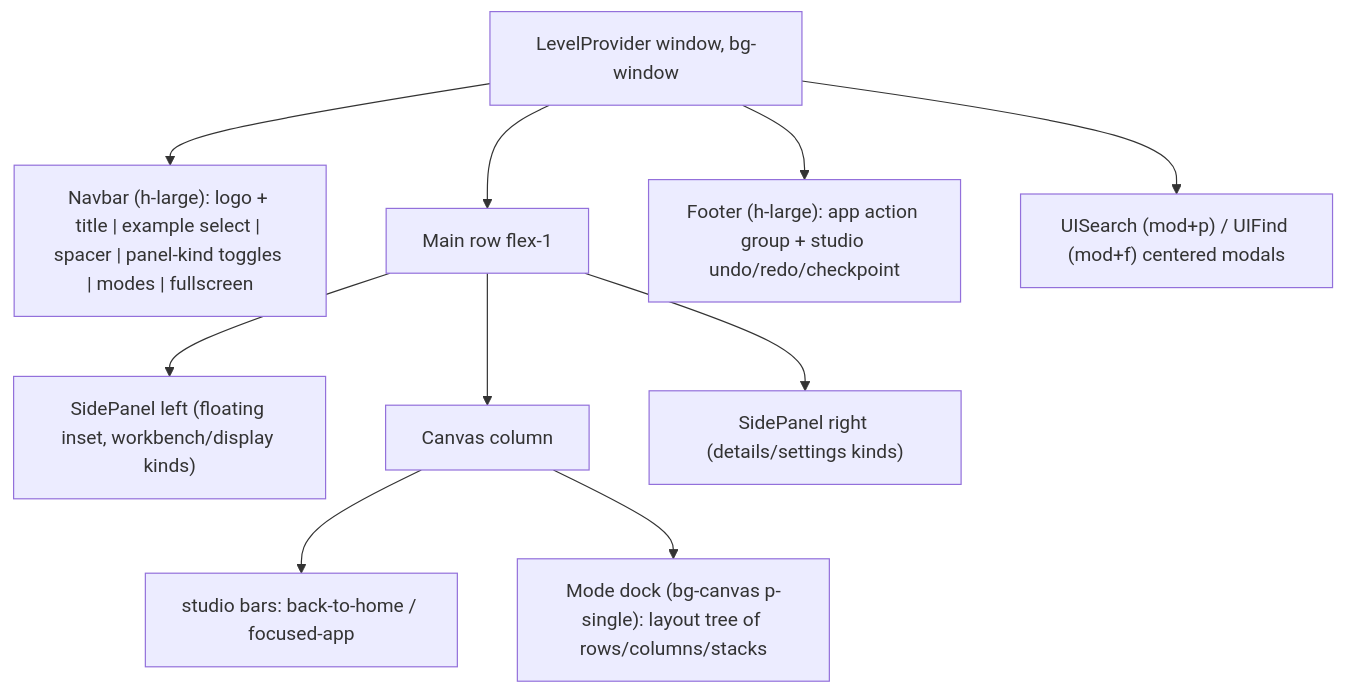
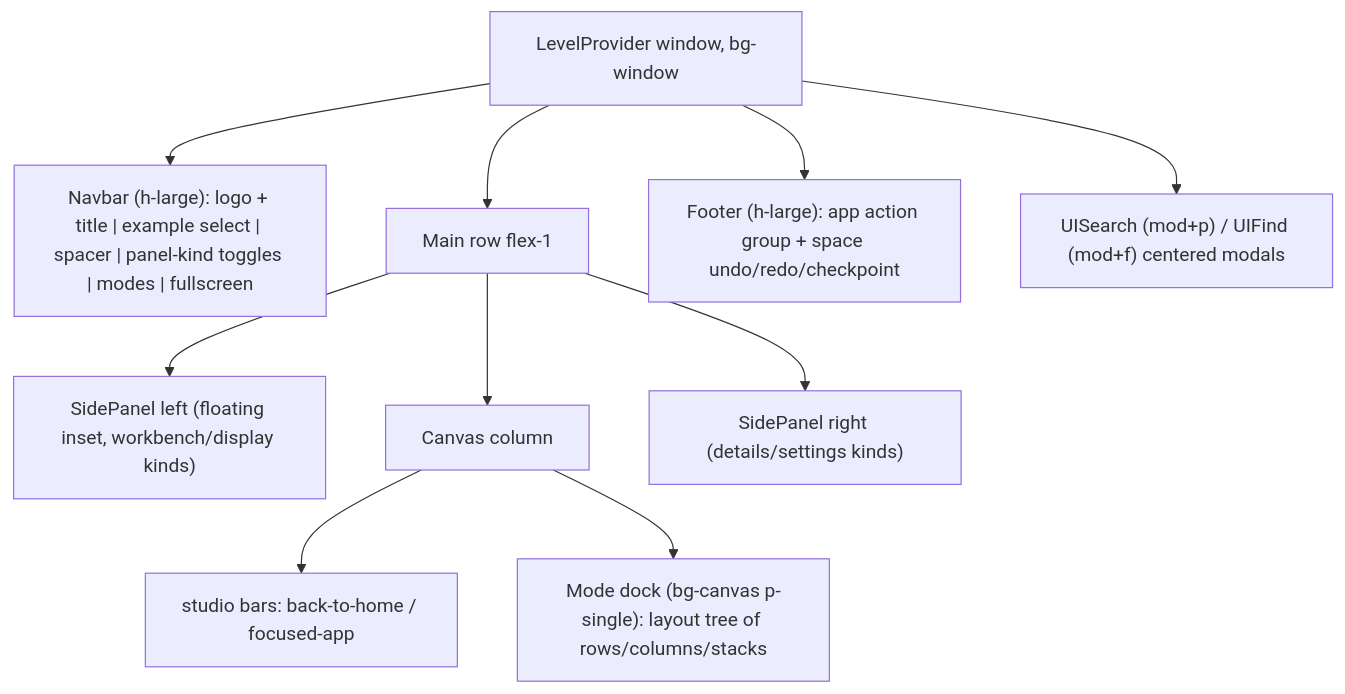
Before and after one commit to usalu/semio: the diagram in .cursor/plans/wgpu_shell_layout_parity_1064f3fb.plan.md, drawn with Mermaid. The commit also changed other lines of this file and 1361 other files, not shown here.

````diff
--- a/.cursor/plans/wgpu_shell_layout_parity_1064f3fb.plan.md
+++ b/.cursor/plans/wgpu_shell_layout_parity_1064f3fb.plan.md
@@ -38,13 +38,13 @@
 ```mermaid
 flowchart TD
     Root[LevelProvider window, bg-window]
     Root --> NavbarSlot["Navbar (h-large): logo + title | example select | spacer | panel-kind toggles | modes | fullscreen"]
     Root --> MainRow[Main row flex-1]
     MainRow --> LeftPanel["SidePanel left (floating inset, workbench/display kinds)"]
     MainRow --> Canvas[Canvas column]
     Canvas --> StudioBars["studio bars: back-to-home / focused-app"]
     Canvas --> ModeDock["Mode dock (bg-canvas p-single): layout tree of rows/columns/stacks"]
     MainRow --> RightPanel["SidePanel right (details/settings kinds)"]
-    Root --> FooterSlot["Footer (h-large): app action group + studio undo/redo/checkpoint"]
+    Root --> FooterSlot["Footer (h-large): app action group + space undo/redo/checkpoint"]
     Root --> Palettes["UISearch (mod+p) / UIFind (mod+f) centered modals"]
 ```
````
